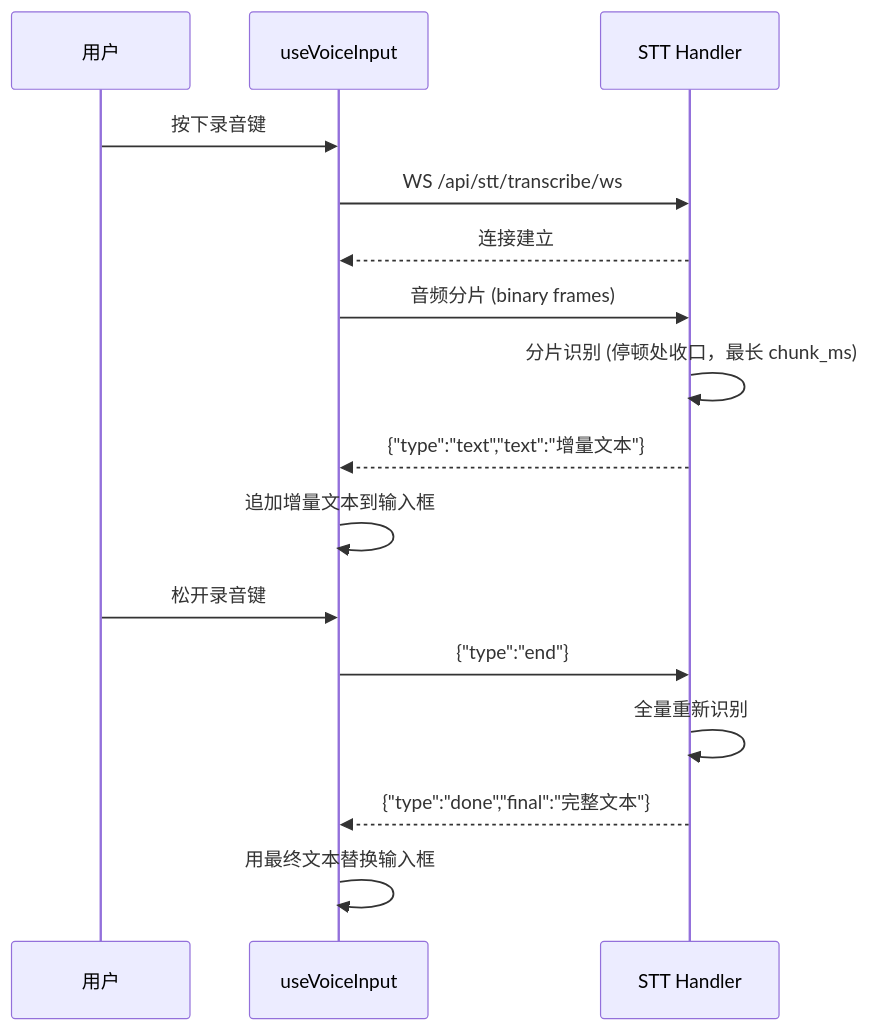
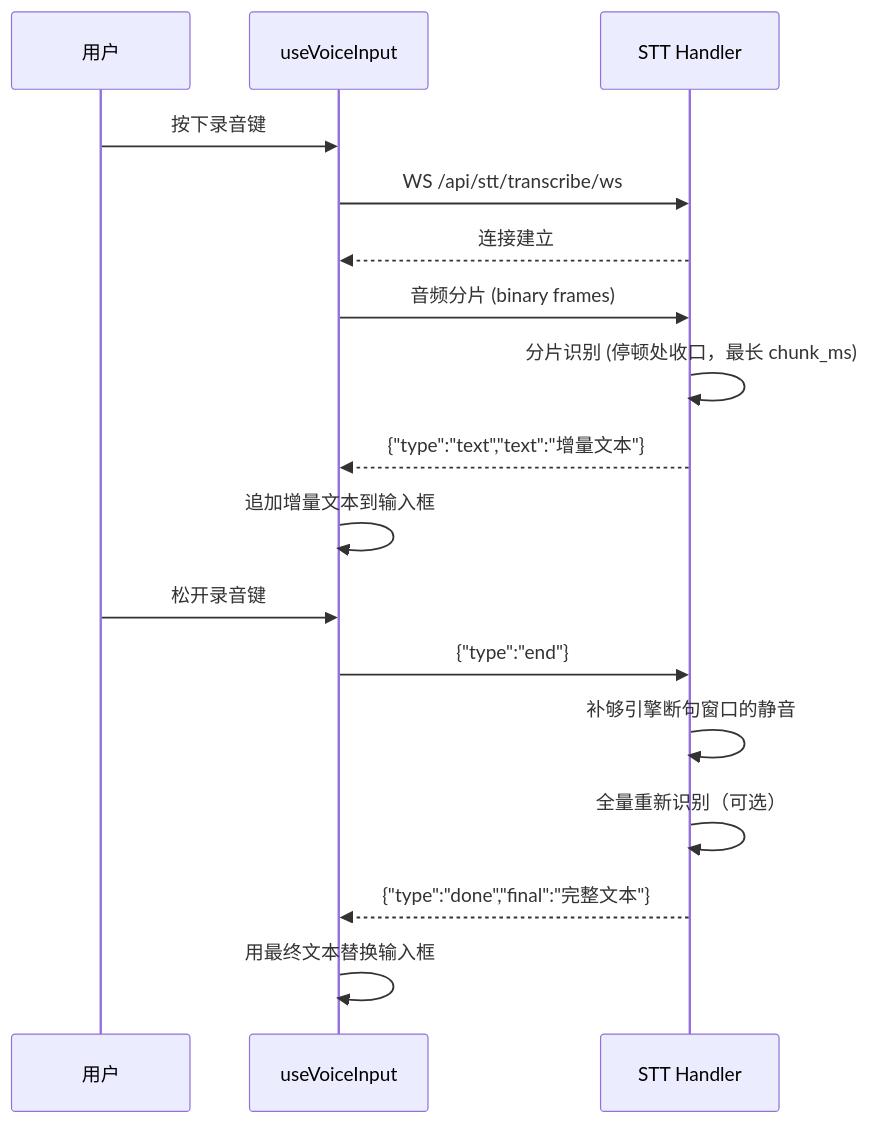
Before and after one commit to clawbench-dev/clawbench: the second of 2 diagrams in docs/spec/features/stt.md, drawn with Mermaid. The commit also changed other lines of this file and 9 other files, not shown here.

````diff
--- a/docs/spec/features/stt.md
+++ b/docs/spec/features/stt.md
@@ -28,19 +28,20 @@
 ```mermaid
 sequenceDiagram
     participant 用户
     participant 前端 as useVoiceInput
     participant 后端 as STT Handler
 
     用户->>前端: 按下录音键
     前端->>后端: WS /api/stt/transcribe/ws
     后端-->>前端: 连接建立
     前端->>后端: 音频分片 (binary frames)
     后端->>后端: 分片识别 (停顿处收口，最长 chunk_ms)
     后端-->>前端: {"type":"text","text":"增量文本"}
     前端->>前端: 追加增量文本到输入框
     用户->>前端: 松开录音键
     前端->>后端: {"type":"end"}
-    后端->>后端: 全量重新识别
+    后端->>后端: 补够引擎断句窗口的静音
+    后端->>后端: 全量重新识别（可选）
     后端-->>前端: {"type":"done","final":"完整文本"}
     前端->>前端: 用最终文本替换输入框
 ```
````
